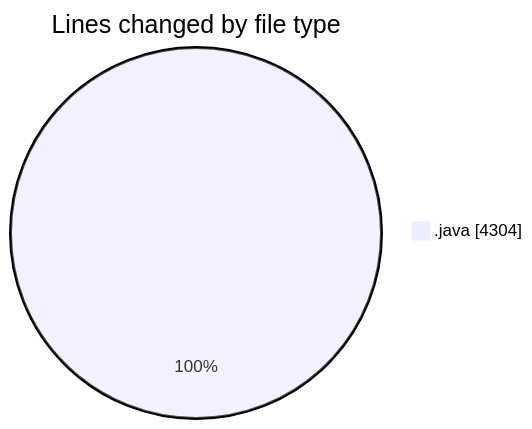
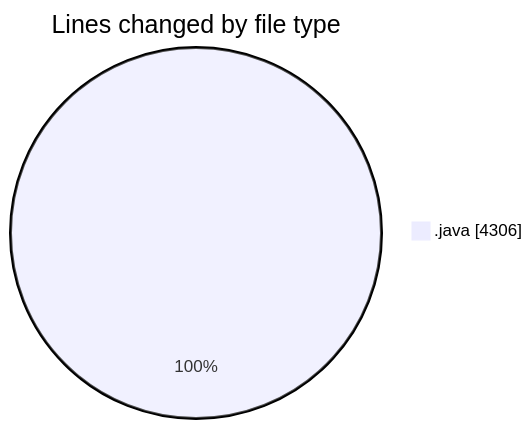
Before and after one commit to ricardozamudiocil/code-tracking: the first of 2 diagrams in 2026-04-24/cilapp/README.md, drawn with Mermaid. The commit also changed other lines of this file and 1 other file, not shown here.

````diff
--- a/2026-04-24/cilapp/README.md
+++ b/2026-04-24/cilapp/README.md
@@ -23,5 +23,5 @@
 ```mermaid
 pie showData
 title Lines changed by file type
-".java" : 4304
+".java" : 4306
 ```
````
